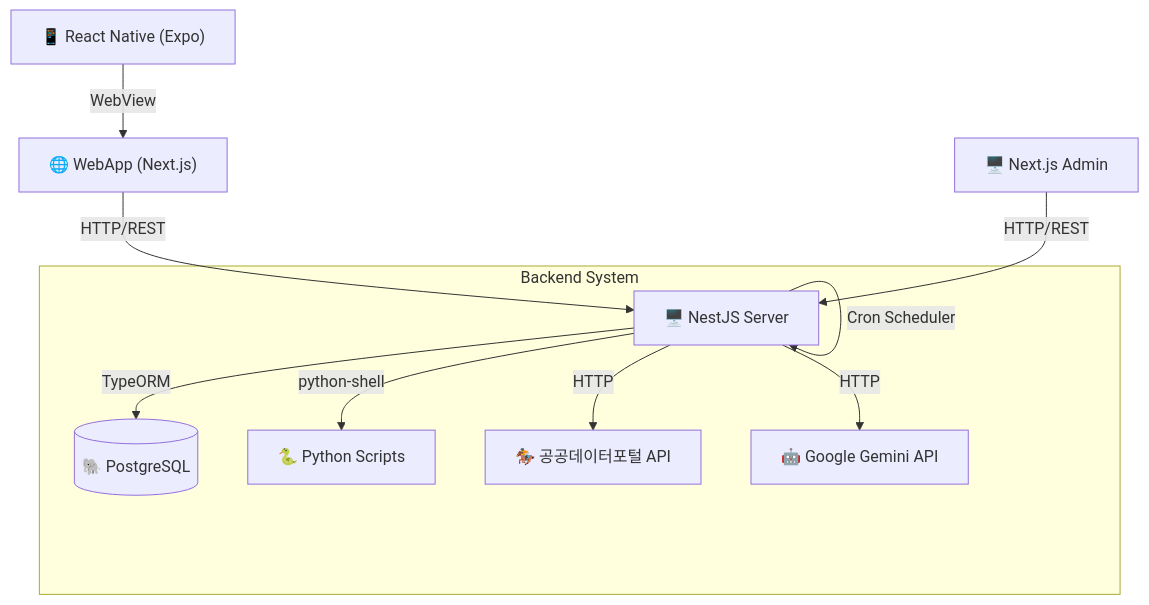
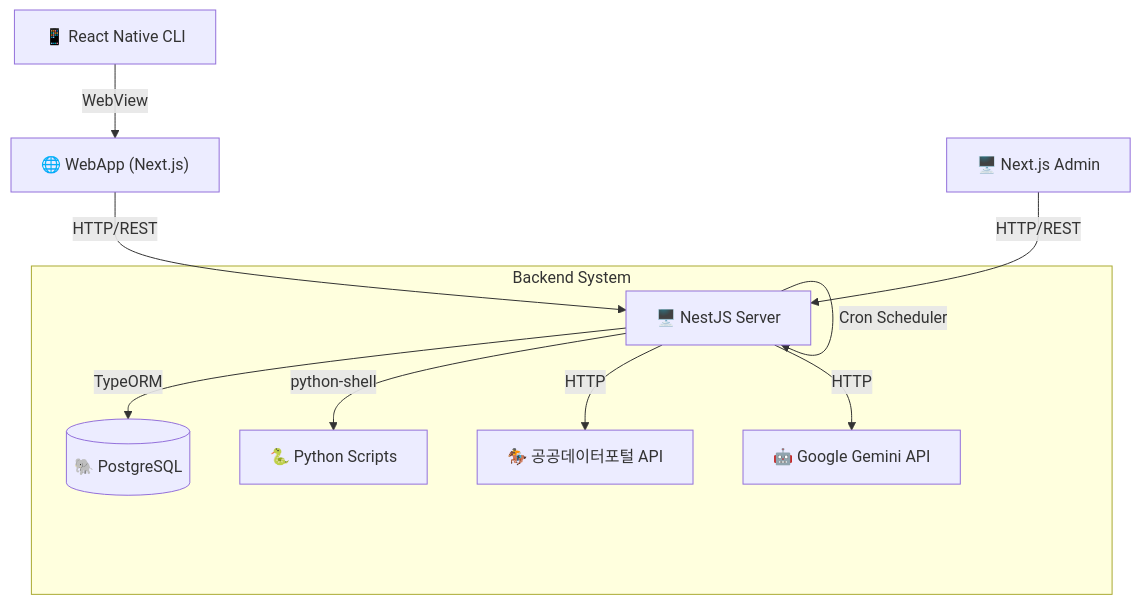
One commit to odds-center/oddscast changed the first of 3 diagrams in docs/architecture/ARCHITECTURE.md. Above: the diagram before and after it, drawn with Mermaid. The commit also changed other lines of this file and 16 other files, not shown here.

````diff
--- a/docs/architecture/ARCHITECTURE.md
+++ b/docs/architecture/ARCHITECTURE.md
@@ -11,14 +11,14 @@
 ```mermaid
 graph TD
-    Mobile["📱 React Native (Expo)"] -->|WebView| WebApp["🌐 WebApp (Next.js)"]
+    Mobile["📱 React Native CLI"] -->|WebView| WebApp["🌐 WebApp (Next.js)"]
     WebApp -->|HTTP/REST| Server["🖥️ NestJS Server"]
     Admin["🖥️ Next.js Admin"] -->|HTTP/REST| Server
 
     subgraph "Backend System"
         Server -->|TypeORM| DB[("🐘 PostgreSQL")]
         Server -->|python-shell| Python["🐍 Python Scripts"]
         Server -->|HTTP| KRA["🏇 공공데이터포털 API"]
         Server -->|HTTP| Gemini["🤖 Google Gemini API"]
         Server -->|Cron Scheduler| Server
     end
 ```
````
